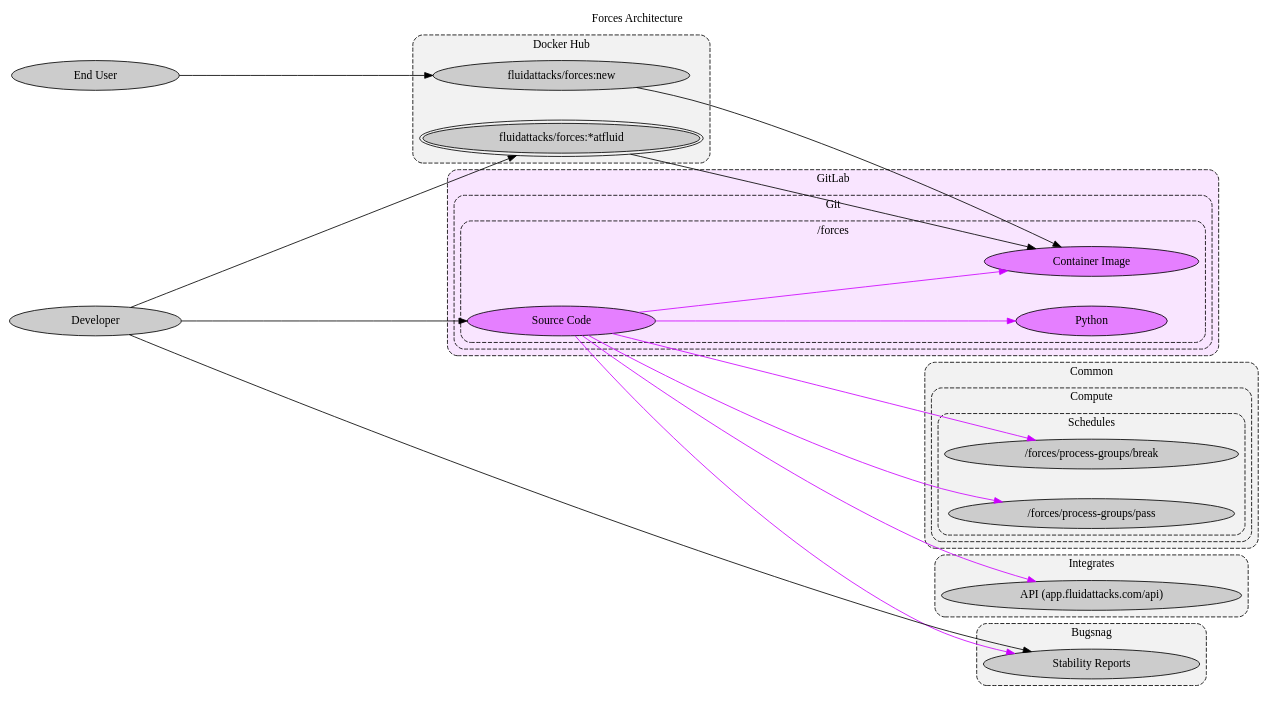
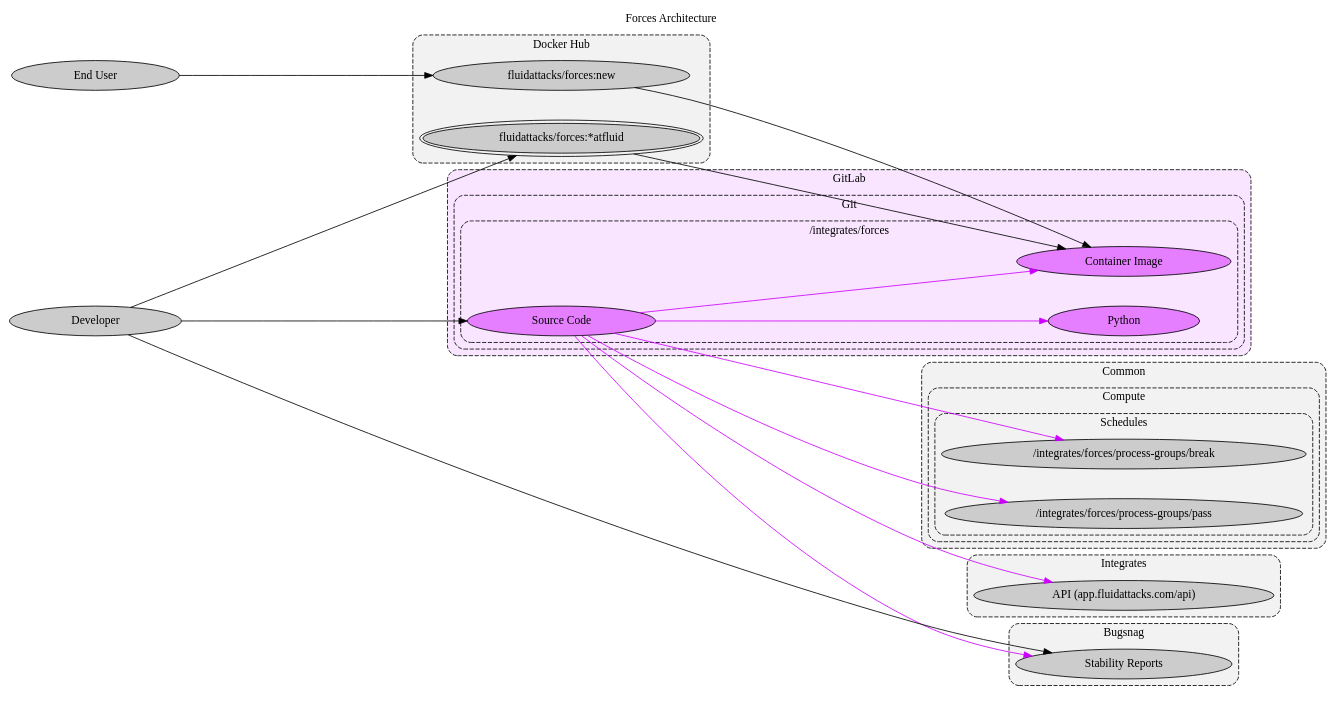
The diagram in docs/src/docs/development/products/forces-arch.dot (jeanbaptistemora/fluidattacks-universe2), drawn with Graphviz before and after one commit. The commit also changed 2 other files, not shown here.

Commit message:
docs\refac(front): #8538 update forces docs
- Updated references to the forces command and schedules
in the doc

```diff
--- a/docs/src/docs/development/products/forces-arch.dot
+++ b/docs/src/docs/development/products/forces-arch.dot
@@ -1,93 +1,93 @@
 digraph forces {
   label="Forces Architecture"
   labelloc="t"
   compound="true"
   concentrate="true"
   rankdir="LR"
   ranksep="4.0"
   nodesep="0.5"
   overlap="scalexy"
 
   node[style="filled" margin="0.8,0.0"]
   graph[style="dashed,rounded"]
 
   subgraph cluster_bugsnag {
     label="Bugsnag"
     bgcolor="0.0 0.0 0.95"
     node[fillcolor="0.0 0.0 0.8"]
 
     bugsnag[label="Stability Reports"]
   }
 
   subgraph cluster_common {
     label="Common"
     bgcolor="0.0 0.0 0.95"
     node[fillcolor="0.0 0.0 0.8"]
 
     subgraph cluster_common_compute {
       label="Compute"
 
       subgraph cluster_common_compute_schedules {
         label="Schedules"
 
-        common_compute_schedules_break[label="/forces/process-groups/break"]
-        common_compute_schedules_pass[label="/forces/process-groups/pass"]
+        common_compute_schedules_break[label="/integrates/forces/process-groups/break"]
+        common_compute_schedules_pass[label="/integrates/forces/process-groups/pass"]
       }
     }
   }
 
   subgraph cluster_docker_hub {
     label="Docker Hub"
     bgcolor="0.0 0.0 0.95"
     node[fillcolor="0.0 0.0 0.8"]
 
     docker_hub_new[label="fluidattacks/forces:new"]
     docker_hub_dev[label="fluidattacks/forces:*atfluid" peripheries="2"]
   }
 
   subgraph cluster_gitlab {
     label="GitLab"
     bgcolor="0.8 0.1 1.0"
     node[fillcolor="0.8 0.5 1.0"]
 
     subgraph cluster_gitlab_git {
       label="Git"
 
       subgraph cluster_gitlab_forces {
-        label="/forces"
+        label="/integrates/forces"
 
         gitlab_forces[label="Source Code"]
         gitlab_forces_container_image[label="Container Image"]
         gitlab_forces_python[label="Python"]
       }
     }
   }
 
   subgraph cluster_integrates {
     label="Integrates"
     bgcolor="0.0 0.0 0.95"
     node[fillcolor="0.0 0.0 0.8"]
 
     integrates_api[label="API (app.fluidattacks.com/api)"]
   }
 
   node[fillcolor="0.0 0.0 0.8"]
   end_user[label="End User"]
   developer[label="Developer"]
   docker_hub_new -> gitlab_forces_container_image[]
   docker_hub_dev -> gitlab_forces_container_image[]
 
   edge[color="0.8 1.0 1.0"]
   gitlab_forces -> bugsnag[]
   gitlab_forces -> common_compute_schedules_break[]
   gitlab_forces -> common_compute_schedules_pass[]
   gitlab_forces -> gitlab_forces_container_image[]
   gitlab_forces -> gitlab_forces_python[]
   gitlab_forces -> integrates_api[]
 
   edge[color="0.0 0.0 0.0"]
   developer -> bugsnag[]
   developer -> docker_hub_dev[]
   developer -> gitlab_forces[]
   end_user -> docker_hub_new[]
 }
```
